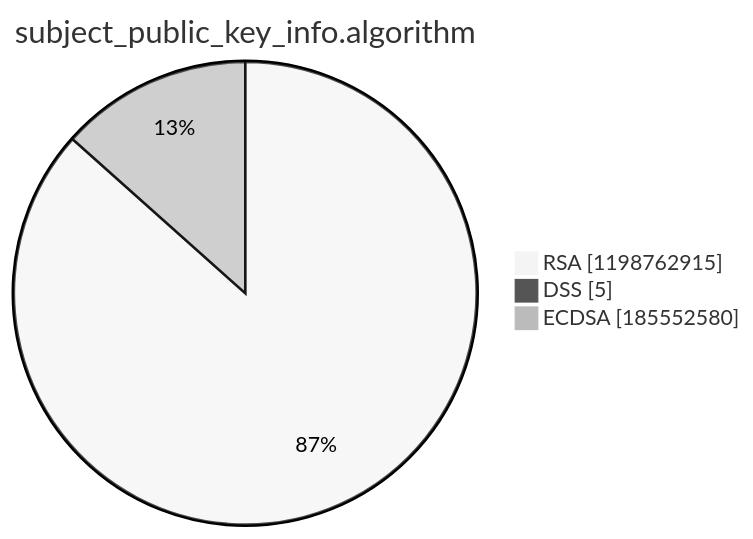
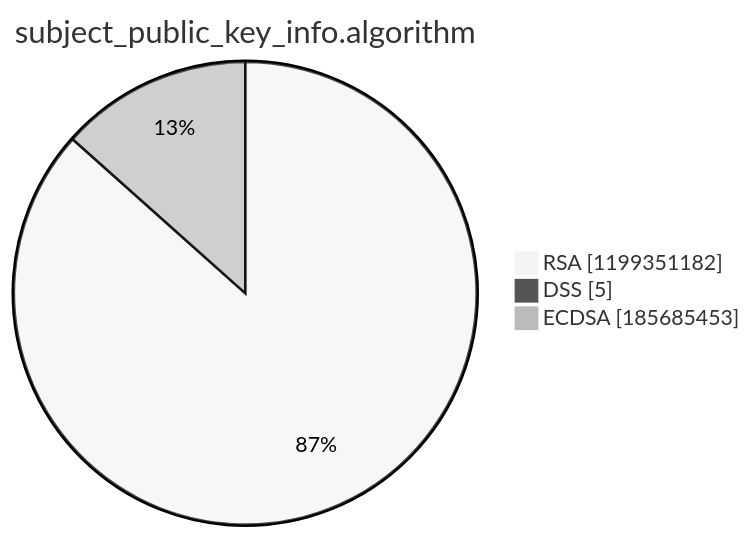
One commit to christiankrug/ctmonitor_visualization changed the third of 15 diagrams in argon2022/README.md. Above: the diagram before and after it, drawn with Mermaid (neutral theme). The commit also changed other lines of this file, not shown here.

````diff
--- a/argon2022/README.md
+++ b/argon2022/README.md
@@ -14,7 +14,7 @@
 ```mermaid
 pie showData
 title subject_public_key_info.algorithm
-"RSA" :1198762915
+"RSA" :1199351182
 "DSS" :5
-"ECDSA" :185552580
+"ECDSA" :185685453
 ```
````
